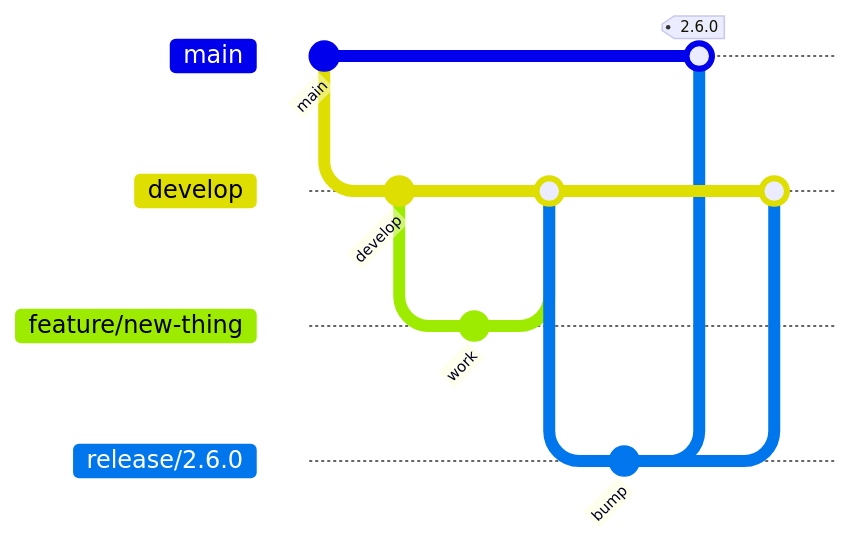
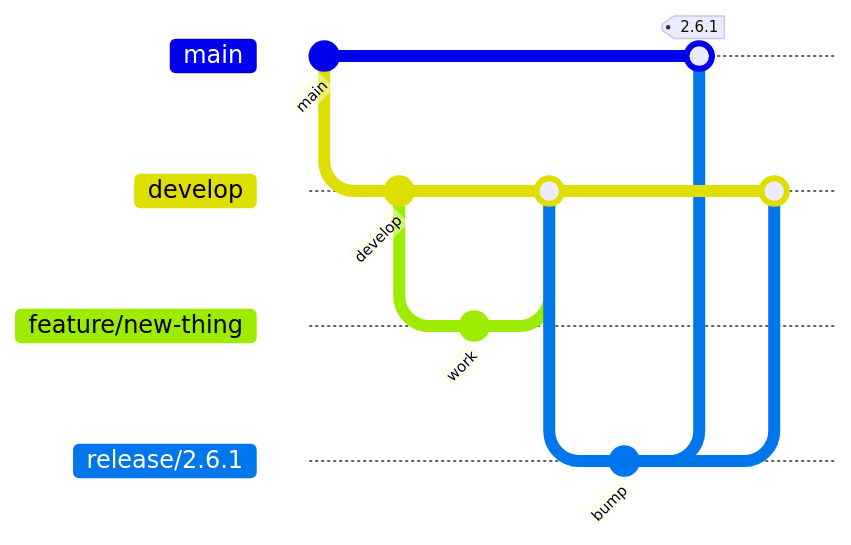
One commit to msk-access/py-gbcms changed the second of 2 diagrams in docs/development/developer-guide.md. Above: the diagram before and after it, drawn with Mermaid. The commit also changed 11 other files, not shown here.

````diff
--- a/docs/development/developer-guide.md
+++ b/docs/development/developer-guide.md
@@ -135,16 +135,16 @@
 ```mermaid
 gitGraph
     commit id: "main"
     branch develop
     commit id: "develop"
     branch feature/new-thing
     commit id: "work"
     checkout develop
     merge feature/new-thing
-    branch release/2.6.0
+    branch release/2.6.1
     commit id: "bump"
     checkout main
-    merge release/2.6.0 tag: "2.6.0"
+    merge release/2.6.1 tag: "2.6.1"
     checkout develop
-    merge release/2.6.0
+    merge release/2.6.1
 ```
````
